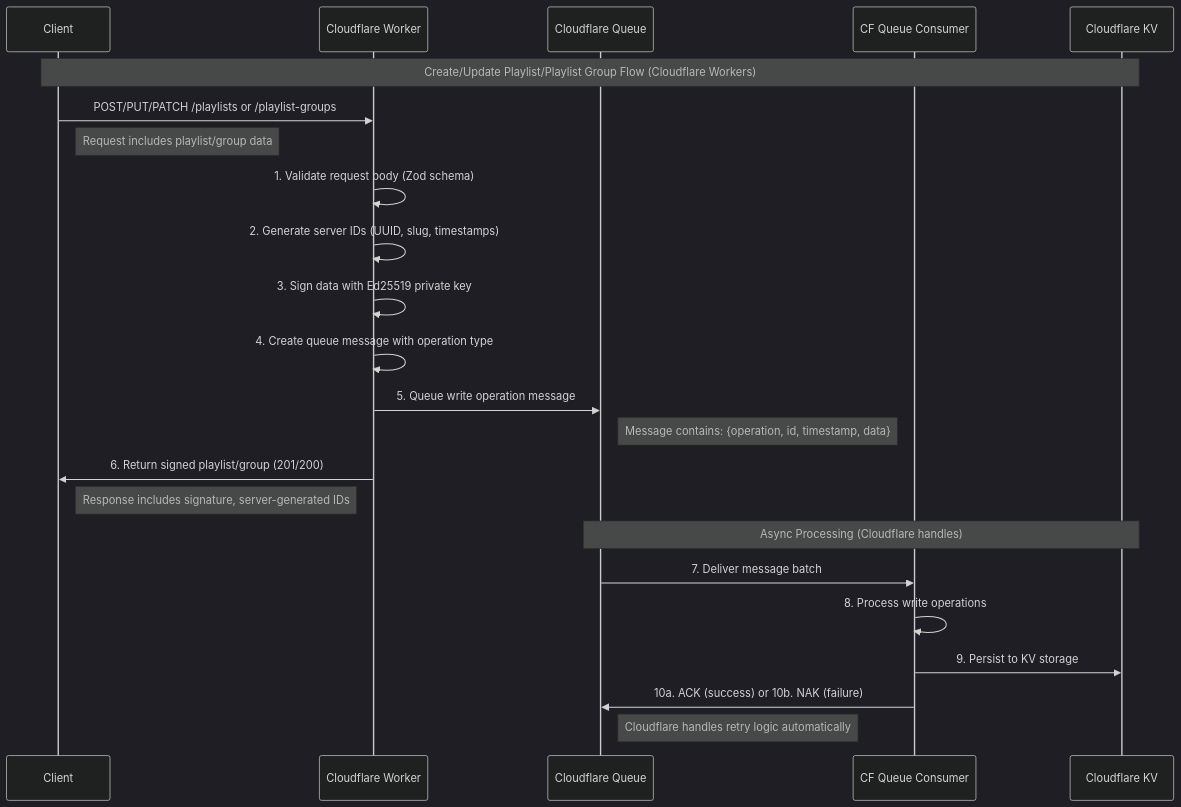
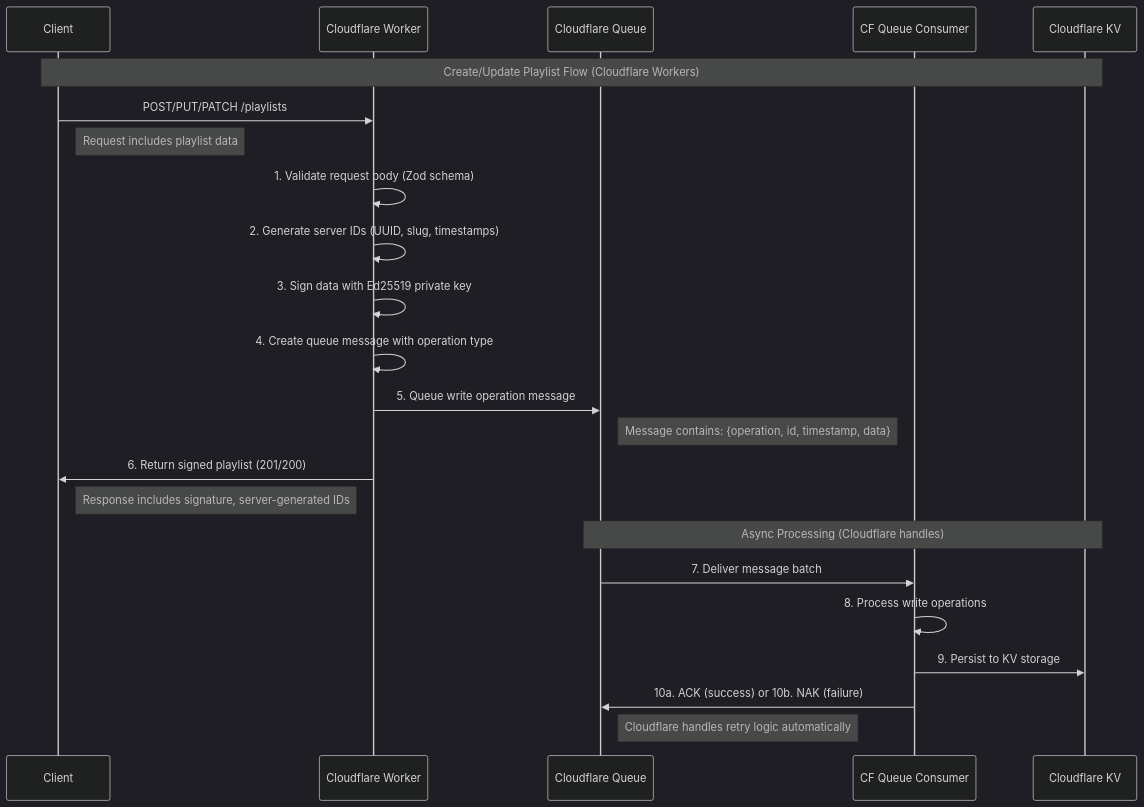
One commit to feral-file/dp1-feed changed the first of 6 diagrams in DIAGRAM.md. Above: the diagram before and after it, drawn with Mermaid (dark theme). The commit also changed other lines of this file and 32 other files, not shown here.

Commit message:
remove playlist group entity

````diff
--- a/DIAGRAM.md
+++ b/DIAGRAM.md
@@ -36,32 +36,32 @@
 ```mermaid
 sequenceDiagram
     participant Client
     participant CF_Worker as Cloudflare Worker
     participant CF_Queue as Cloudflare Queue
     participant CF_Consumer as CF Queue Consumer
     participant CF_KV as Cloudflare KV
 
-    Note over Client,CF_KV: Create/Update Playlist/Playlist Group Flow (Cloudflare Workers)
+    Note over Client,CF_KV: Create/Update Playlist Flow (Cloudflare Workers)
 
-    Client->>CF_Worker: POST/PUT/PATCH /playlists or /playlist-groups
-    Note right of Client: Request includes playlist/group data
+    Client->>CF_Worker: POST/PUT/PATCH /playlists
+    Note right of Client: Request includes playlist data
 
     CF_Worker->>CF_Worker: 1. Validate request body (Zod schema)
     CF_Worker->>CF_Worker: 2. Generate server IDs (UUID, slug, timestamps)
     CF_Worker->>CF_Worker: 3. Sign data with Ed25519 private key
     CF_Worker->>CF_Worker: 4. Create queue message with operation type
 
     CF_Worker->>CF_Queue: 5. Queue write operation message
     Note right of CF_Queue: Message contains: {operation, id, timestamp, data}
 
-    CF_Worker->>Client: 6. Return signed playlist/group (201/200)
+    CF_Worker->>Client: 6. Return signed playlist (201/200)
     Note right of Client: Response includes signature, server-generated IDs
 
     Note over CF_Queue,CF_KV: Async Processing (Cloudflare handles)
 
     CF_Queue->>CF_Consumer: 7. Deliver message batch
     CF_Consumer->>CF_Consumer: 8. Process write operations
     CF_Consumer->>CF_KV: 9. Persist to KV storage
     CF_Consumer->>CF_Queue: 10a. ACK (success) or 10b. NAK (failure)
     Note right of CF_Queue: Cloudflare handles retry logic automatically
 ```
````
